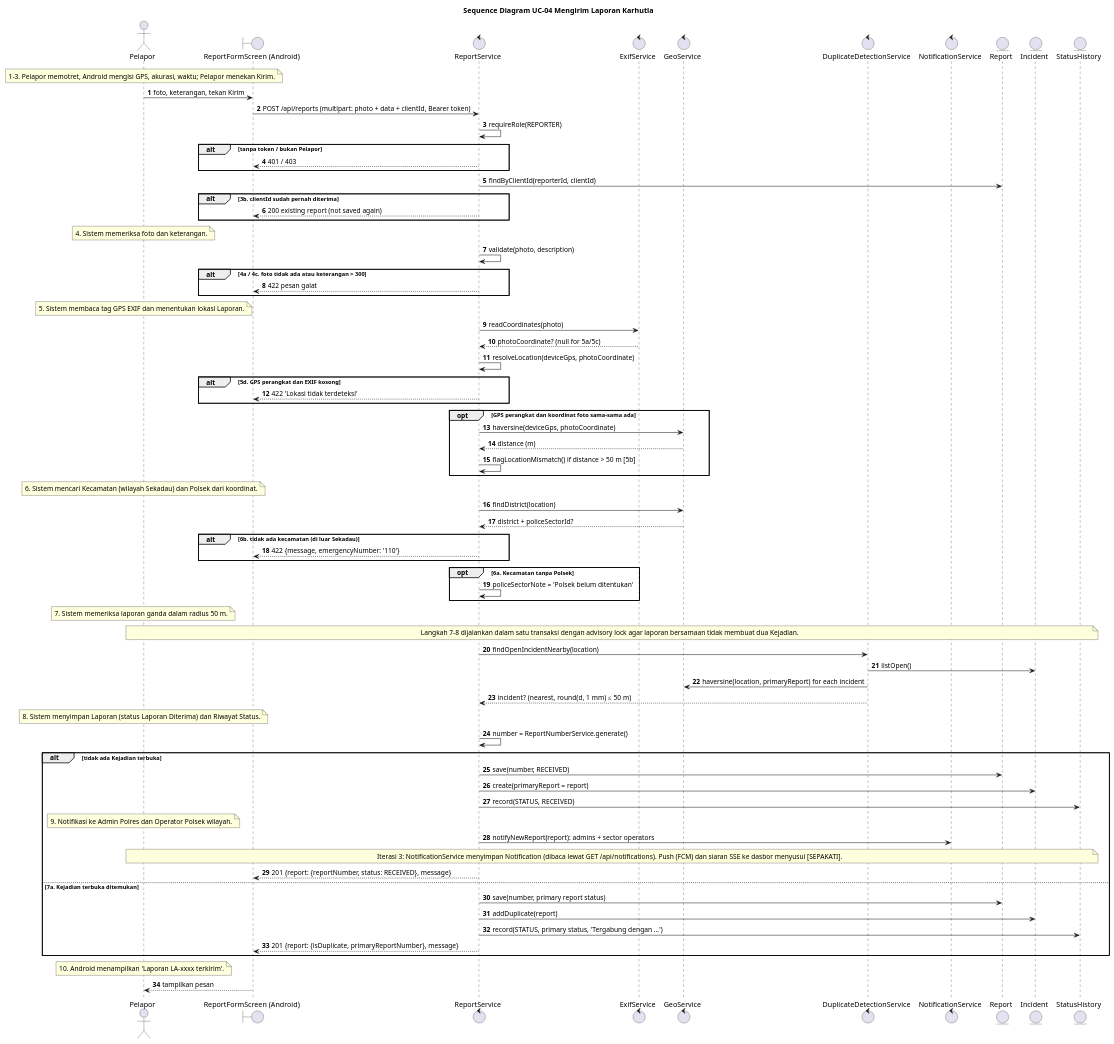
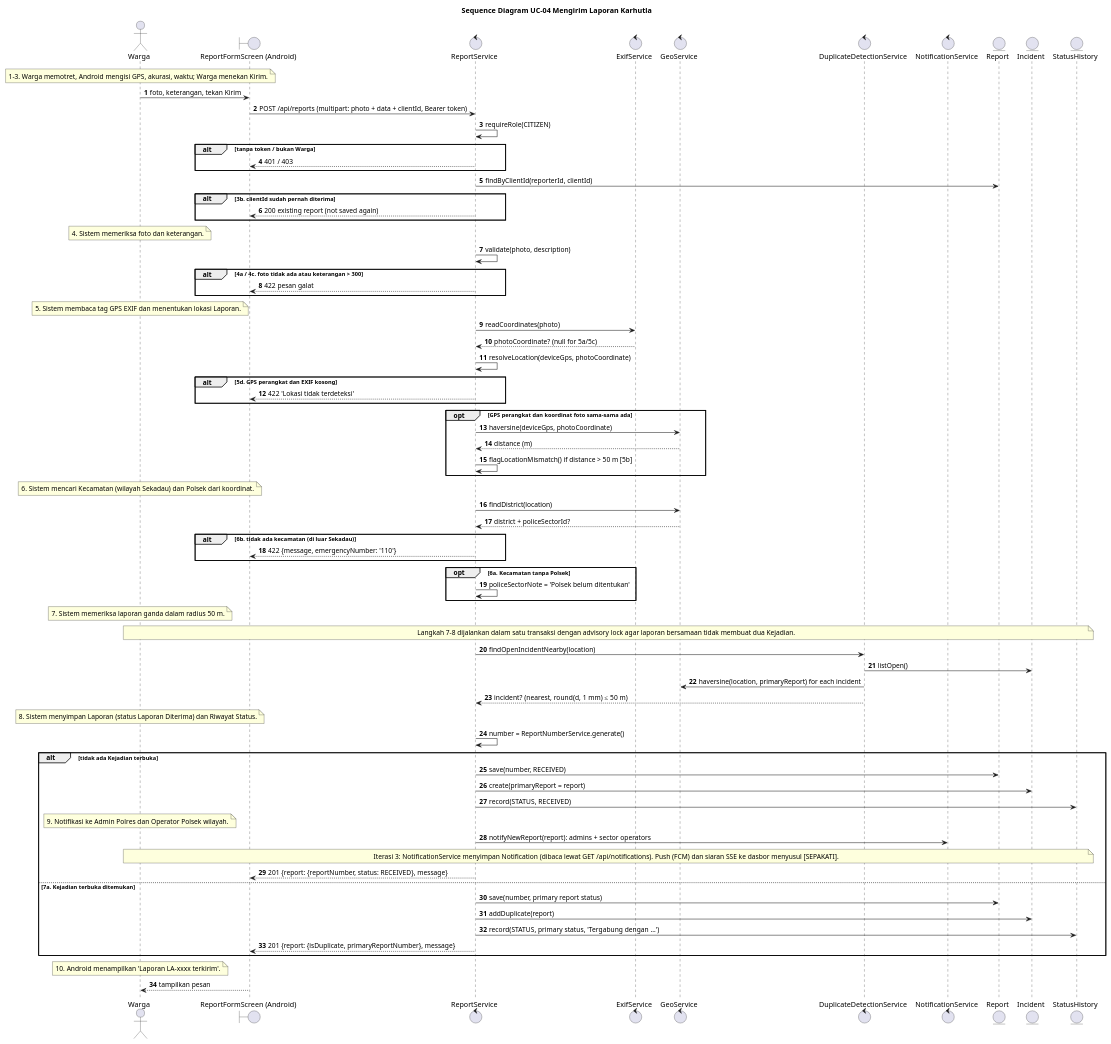
One commit to wirapatigilang/laporapi-api-web changed the diagram in specs/003-uc04-submit-report/iconix/uc04-sequence.puml. Above: the diagram before and after it, drawn with PlantUML. The commit also changed 46 other files, not shown here.

First line of the commit message:
Aktor Pelapor diganti Warga, peran REPORTER menjadi CITIZEN

```diff
--- a/specs/003-uc04-submit-report/iconix/uc04-sequence.puml
+++ b/specs/003-uc04-submit-report/iconix/uc04-sequence.puml
@@ -1,75 +1,75 @@
 @startuml
 title Sequence Diagram UC-04 Mengirim Laporan Karhutla
 autonumber
-actor "Pelapor" as pel
+actor "Warga" as pel
 boundary "ReportFormScreen (Android)" as lyr
 control "ReportService" as lap
 control "ExifService" as exif
 control "GeoService" as geo
 control "DuplicateDetectionService" as gnd
 control "NotificationService" as ntf
 entity "Report" as lpr
 entity "Incident" as kjd
 entity "StatusHistory" as rws
-note over pel : 1–3. Pelapor memotret, Android mengisi GPS, akurasi, waktu; Pelapor menekan Kirim.
+note over pel : 1–3. Warga memotret, Android mengisi GPS, akurasi, waktu; Warga menekan Kirim.
 pel -> lyr : foto, keterangan, tekan Kirim
 lyr -> lap : POST /api/reports (multipart: photo + data + clientId, Bearer token)
-lap -> lap : requireRole(REPORTER)
-alt tanpa token / bukan Pelapor
+lap -> lap : requireRole(CITIZEN)
+alt tanpa token / bukan Warga
 lap --> lyr : 401 / 403
 end
 lap -> lpr : findByClientId(reporterId, clientId)
 alt 3b. clientId sudah pernah diterima
 lap --> lyr : 200 existing report (not saved again)
 end
 note over pel : 4. Sistem memeriksa foto dan keterangan.
 lap -> lap : validate(photo, description)
 alt 4a / 4c. foto tidak ada atau keterangan > 300
 lap --> lyr : 422 pesan galat
 end
 note over pel : 5. Sistem membaca tag GPS EXIF dan menentukan lokasi Laporan.
 lap -> exif : readCoordinates(photo)
 exif --> lap : photoCoordinate? (null for 5a/5c)
 lap -> lap : resolveLocation(deviceGps, photoCoordinate)
 alt 5d. GPS perangkat dan EXIF kosong
 lap --> lyr : 422 'Lokasi tidak terdeteksi'
 end
 opt GPS perangkat dan koordinat foto sama-sama ada
 lap -> geo : haversine(deviceGps, photoCoordinate)
 geo --> lap : distance (m)
 lap -> lap : flagLocationMismatch() if distance > 50 m [5b]
 end
 note over pel : 6. Sistem mencari Kecamatan (wilayah Sekadau) dan Polsek dari koordinat.
 lap -> geo : findDistrict(location)
 geo --> lap : district + policeSectorId?
 alt 6b. tidak ada kecamatan (di luar Sekadau)
 lap --> lyr : 422 {message, emergencyNumber: '110'}
 end
 opt 6a. Kecamatan tanpa Polsek
 lap -> lap : policeSectorNote = 'Polsek belum ditentukan'
 end
 note over pel : 7. Sistem memeriksa laporan ganda dalam radius 50 m.
 note across : Langkah 7–8 dijalankan dalam satu transaksi dengan advisory lock agar laporan bersamaan tidak membuat dua Kejadian.
 lap -> gnd : findOpenIncidentNearby(location)
 gnd -> kjd : listOpen()
 gnd -> geo : haversine(location, primaryReport) for each incident
 gnd --> lap : incident? (nearest, round(d, 1 mm) ≤ 50 m)
 note over pel : 8. Sistem menyimpan Laporan (status Laporan Diterima) dan Riwayat Status.
 lap -> lap : number = ReportNumberService.generate()
 alt tidak ada Kejadian terbuka
 lap -> lpr : save(number, RECEIVED)
 lap -> kjd : create(primaryReport = report)
 lap -> rws : record(STATUS, RECEIVED)
 note over pel : 9. Notifikasi ke Admin Polres dan Operator Polsek wilayah.
 lap -> ntf : notifyNewReport(report): admins + sector operators
 note across : Iterasi 3: NotificationService menyimpan Notification (dibaca lewat GET /api/notifications). Push (FCM) dan siaran SSE ke dasbor menyusul [SEPAKATI].
 lap --> lyr : 201 {report: {reportNumber, status: RECEIVED}, message}
 else 7a. Kejadian terbuka ditemukan
 lap -> lpr : save(number, primary report status)
 lap -> kjd : addDuplicate(report)
 lap -> rws : record(STATUS, primary status, 'Tergabung dengan …')
 lap --> lyr : 201 {report: {isDuplicate, primaryReportNumber}, message}
 end
 note over pel : 10. Android menampilkan 'Laporan LA-xxxx terkirim'.
 lyr --> pel : tampilkan pesan
 @enduml
```
